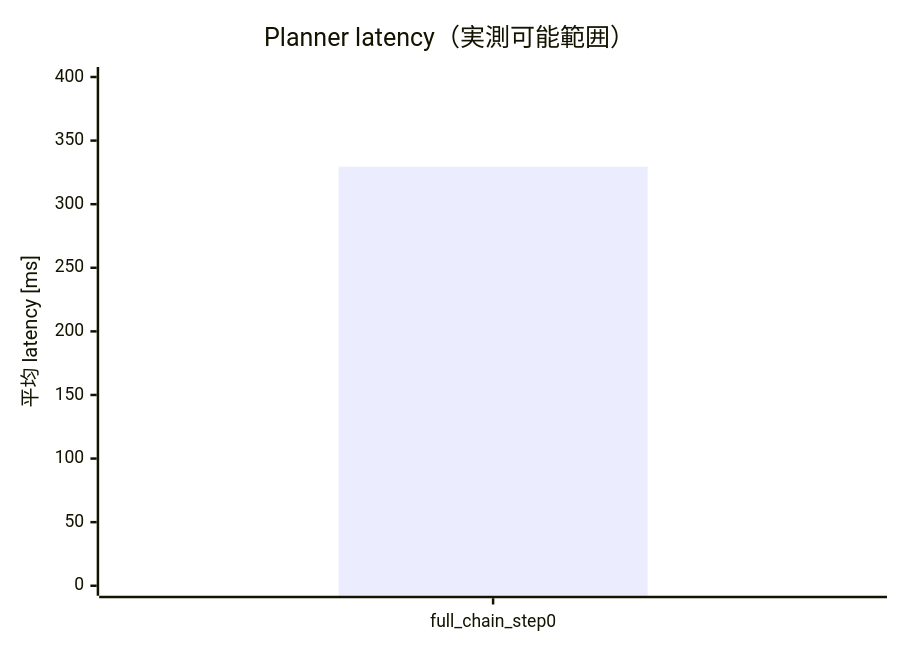
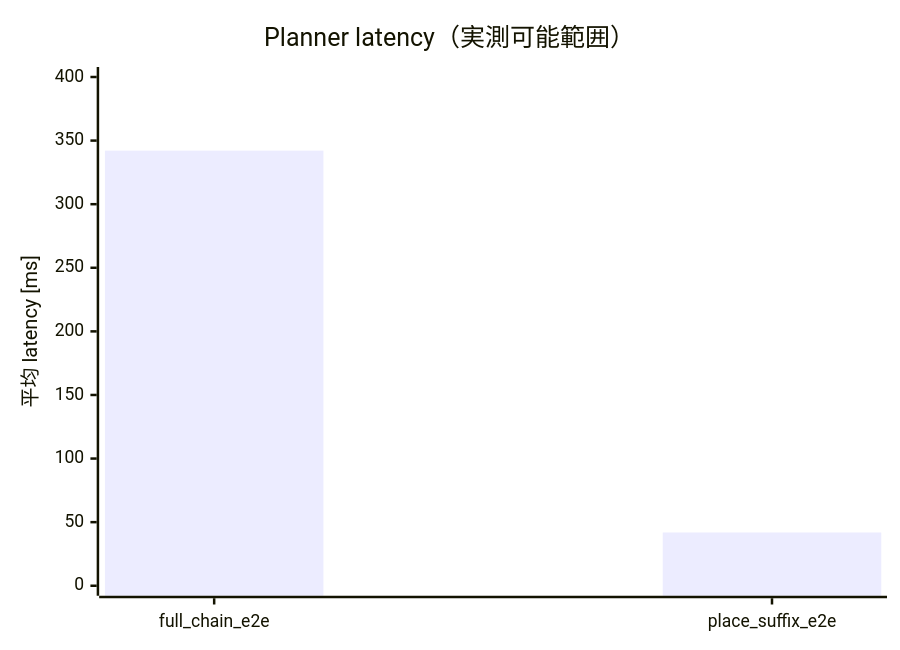
The fourth of 6 diagrams in docs/reports/moveit_replanning/step3_place_suffix_replan_report.md (akodama428/trial_issac_sim), drawn with Mermaid before and after one commit. The commit also changed other lines of this file, not shown here.

Commit message:
Document real MoveIt suffix E2E measurements

````diff
--- a/docs/reports/moveit_replanning/step3_place_suffix_replan_report.md
+++ b/docs/reports/moveit_replanning/step3_place_suffix_replan_report.md
@@ -234,7 +234,7 @@
 ```mermaid
 xychart-beta
   title "Planner latency（実測可能範囲）"
-  x-axis [full_chain_step0]
+  x-axis [full_chain_e2e, place_suffix_e2e]
   y-axis "平均 latency [ms]" 0 --> 400
-  bar [329.538]
+  bar [342.122, 41.888]
 ```
````
